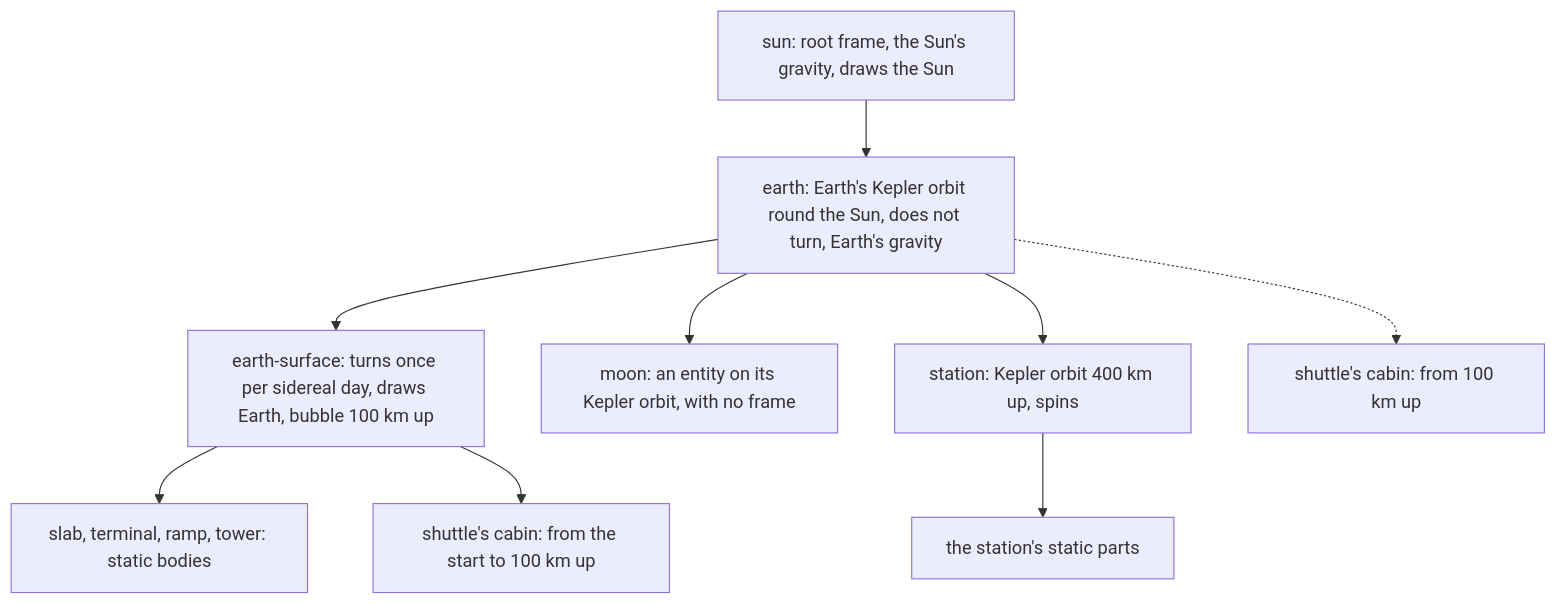
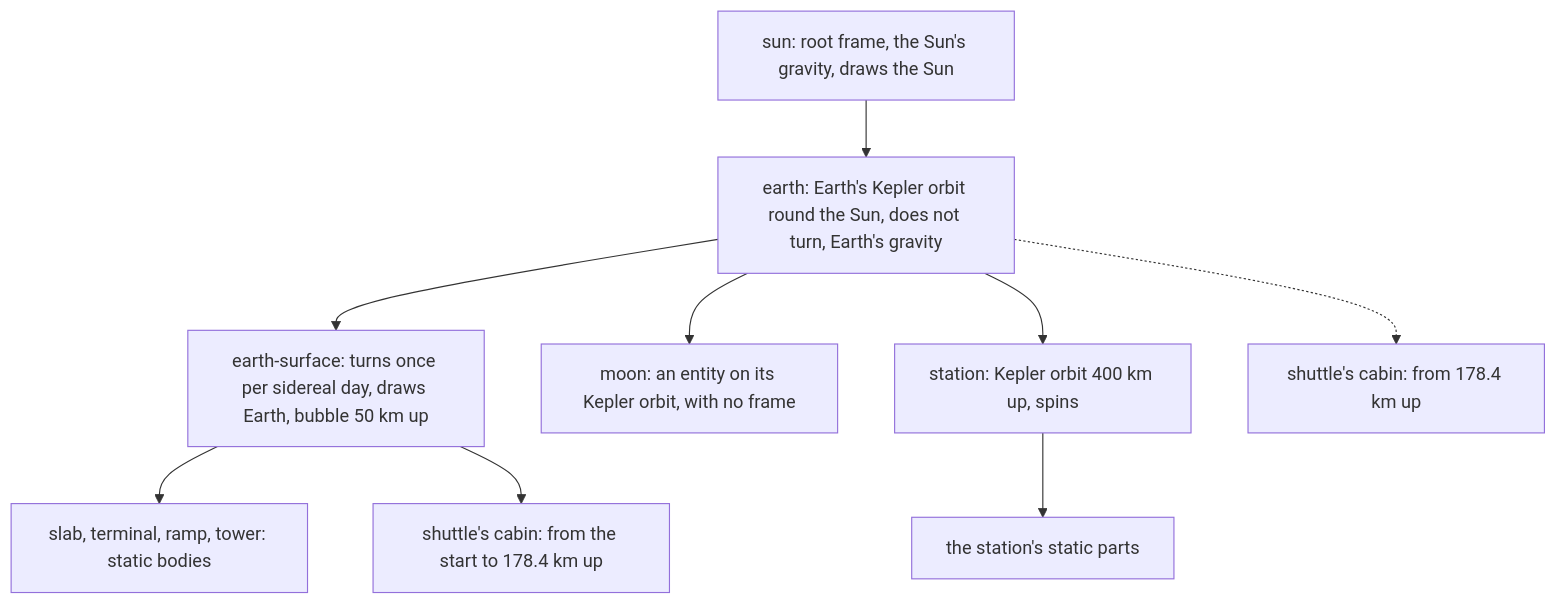
One commit to alexispurslane/tertius changed the fourth of 6 diagrams in docs/plans/blue-danube-demo.md. Above: the diagram before and after it, drawn with Mermaid. The commit also changed other lines of this file, not shown here.

First line of the commit message:
Ticket ter-yhu8: the turning ground's bubble ends 50 km up in the design

````diff
--- a/docs/plans/blue-danube-demo.md
+++ b/docs/plans/blue-danube-demo.md
@@ -1301,11 +1301,11 @@
 ```mermaid
 graph TD
   sun["sun: root frame, the Sun's gravity, draws the Sun"] --> earth["earth: Earth's Kepler orbit round the Sun, does not turn, Earth's gravity"]
-  earth --> surface["earth-surface: turns once per sidereal day, draws Earth, bubble 100 km up"]
+  earth --> surface["earth-surface: turns once per sidereal day, draws Earth, bubble 50 km up"]
   earth --> moon["moon: an entity on its Kepler orbit, with no frame"]
   earth --> station["station: Kepler orbit 400 km up, spins"]
   surface --> ground["slab, terminal, ramp, tower: static bodies"]
-  surface --> parked["shuttle's cabin: from the start to 100 km up"]
-  earth -.-> flying["shuttle's cabin: from 100 km up"]
+  surface --> parked["shuttle's cabin: from the start to 178.4 km up"]
+  earth -.-> flying["shuttle's cabin: from 178.4 km up"]
   station --> parts["the station's static parts"]
 ```
````
